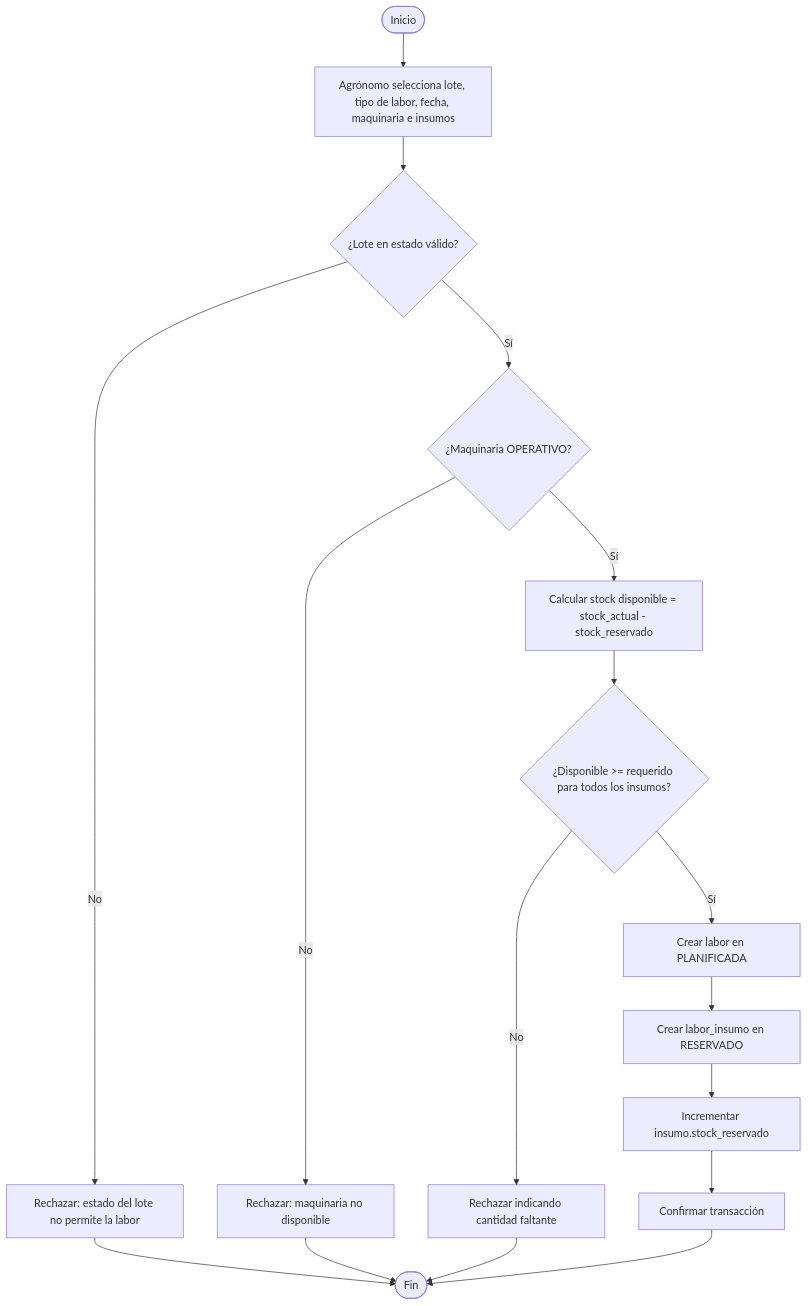
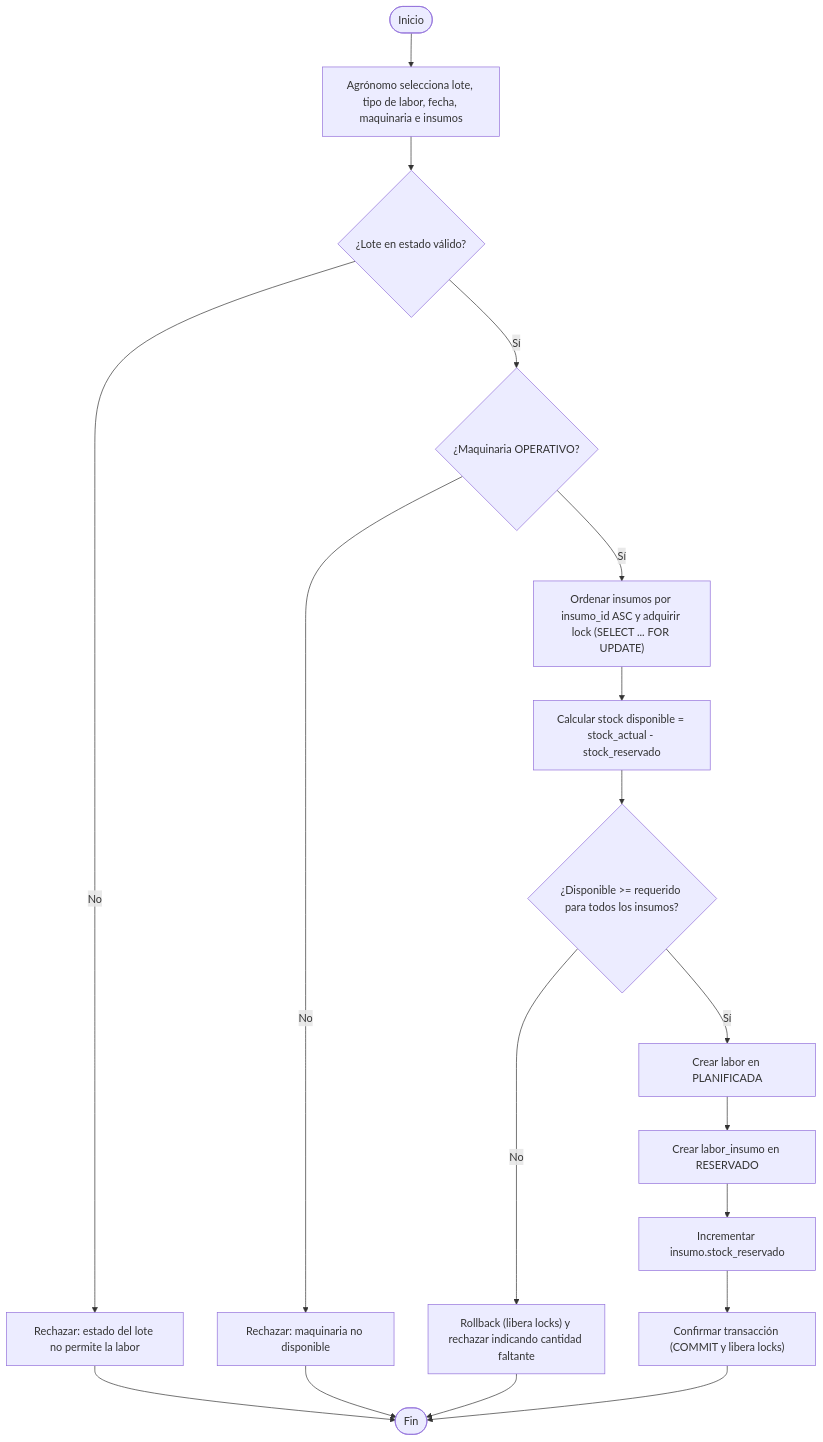
Before and after one commit to EmaRuidiaz/tupad_tfi_grupo_107: diagram 11 of 12 in docs/entrega-2/split_docs/08_diagramas_complementarios.md, drawn with Mermaid. The commit also changed other lines of this file and 9 other files, not shown here.

Commit message:
docs(entrega-2): incorporar mejoras de la 3ra revision docente (ciclo productivo, concurrencia stock, multiplicidades UML y SLA/backup)

````diff
--- a/docs/entrega-2/split_docs/08_diagramas_complementarios.md
+++ b/docs/entrega-2/split_docs/08_diagramas_complementarios.md
@@ -412,16 +441,17 @@
 ```mermaid
 flowchart TD
     A([Inicio]) --> B[Agrónomo selecciona lote, tipo de labor, fecha, maquinaria e insumos]
     B --> C{¿Lote en estado válido?}
     C -- No --> X1[Rechazar: estado del lote no permite la labor] --> Z([Fin])
     C -- Sí --> D{¿Maquinaria OPERATIVO?}
     D -- No --> X2[Rechazar: maquinaria no disponible] --> Z
-    D -- Sí --> E[Calcular stock disponible = stock_actual - stock_reservado]
-    E --> F{¿Disponible >= requerido para todos los insumos?}
-    F -- No --> X3[Rechazar indicando cantidad faltante] --> Z
+    D -- Sí --> E["Ordenar insumos por insumo_id ASC y adquirir lock (SELECT ... FOR UPDATE)"]
+    E --> E2[Calcular stock disponible = stock_actual - stock_reservado]
+    E2 --> F{¿Disponible >= requerido para todos los insumos?}
+    F -- No --> X3["Rollback (libera locks) y rechazar indicando cantidad faltante"] --> Z
     F -- Sí --> G[Crear labor en PLANIFICADA]
     G --> H[Crear labor_insumo en RESERVADO]
     H --> I[Incrementar insumo.stock_reservado]
-    I --> J[Confirmar transacción]
+    I --> J["Confirmar transacción (COMMIT y libera locks)"]
     J --> Z
 ```
````
